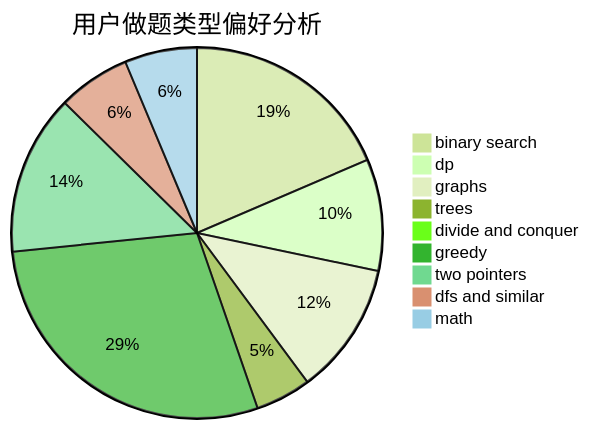
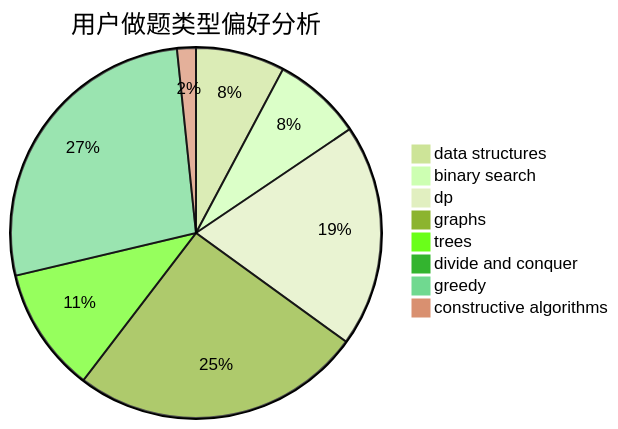
Before and after one commit to sherpahu/cfrs.github.io: the second of 3 diagrams in docs/user/u235.md, drawn with Mermaid (forest theme). The commit also changed other lines of this file and 2775 other files, not shown here.

````diff
--- a/docs/user/u235.md
+++ b/docs/user/u235.md
@@ -23,12 +23,11 @@
 ```mermaid
 pie title 用户做题类型偏好分析
-    "binary search" :  329
-    "dp" :  173
-    "graphs" :  205
-    "trees" :  86
+    "data structures" :  52
+    "binary search" :  52
+    "dp" :  130
+    "graphs" :  170
+    "trees" :  73
     "divide and conquer" :  2
-    "greedy" :  509
-    "two pointers" :  248
-    "dfs and similar" :  112
-    "math" :  112
+    "greedy" :  181
+    "constructive algorithms" :  11
 ```
````
